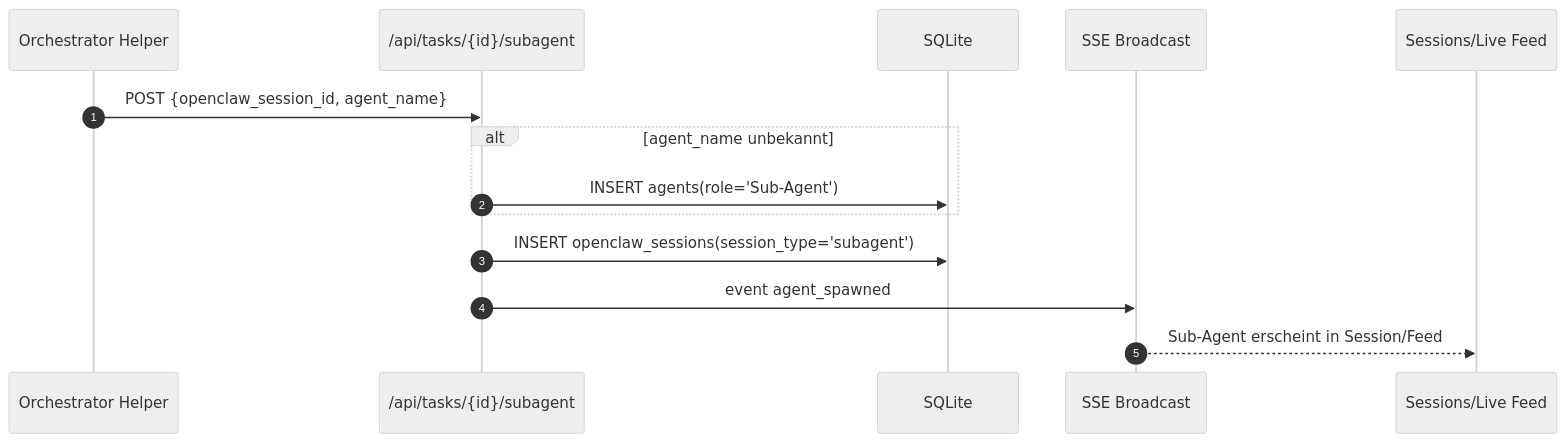
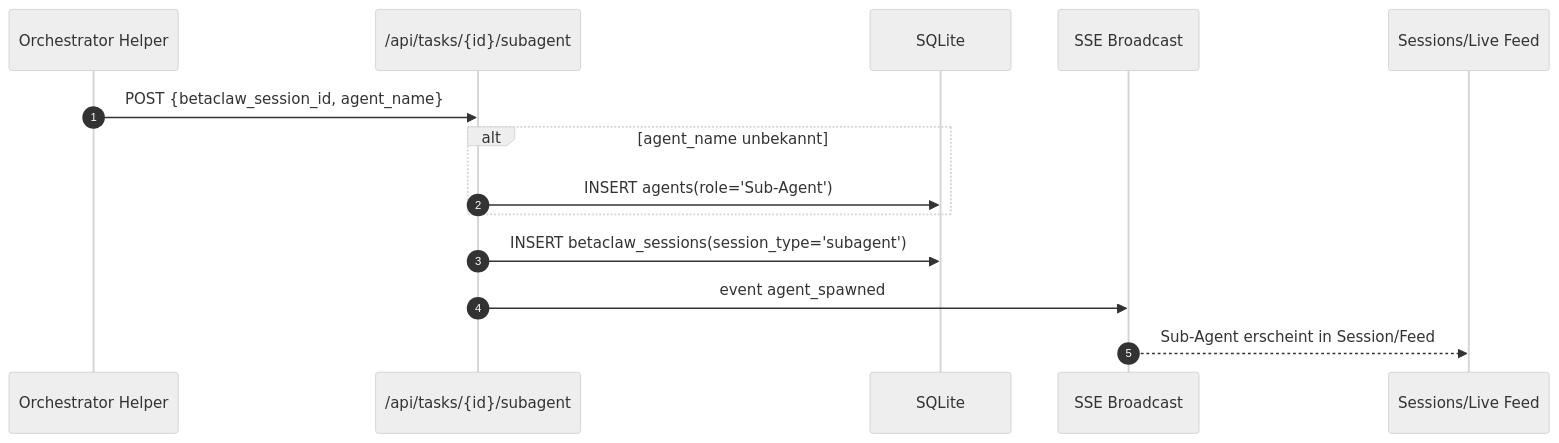
One commit to meco40/openworker changed the second of 2 diagrams in docs/mission-control-agent-spawn-sequence.md. Above: the diagram before and after it, drawn with Mermaid (neutral theme). The commit also changed other lines of this file and 240 other files, not shown here.

````diff
--- a/docs/mission-control-agent-spawn-sequence.md
+++ b/docs/mission-control-agent-spawn-sequence.md
@@ -52,17 +52,17 @@
 ```mermaid
 sequenceDiagram
     autonumber
     participant Orchestrator as Orchestrator Helper
     participant SubAPI as /api/tasks/{id}/subagent
     participant DB as SQLite
     participant SSE as SSE Broadcast
     participant UI as Sessions/Live Feed
 
-    Orchestrator->>SubAPI: POST {openclaw_session_id, agent_name}
+    Orchestrator->>SubAPI: POST {betaclaw_session_id, agent_name}
     alt agent_name unbekannt
         SubAPI->>DB: INSERT agents(role='Sub-Agent')
     end
-    SubAPI->>DB: INSERT openclaw_sessions(session_type='subagent')
+    SubAPI->>DB: INSERT betaclaw_sessions(session_type='subagent')
     SubAPI->>SSE: event agent_spawned
     SSE-->>UI: Sub-Agent erscheint in Session/Feed
 ```
````
